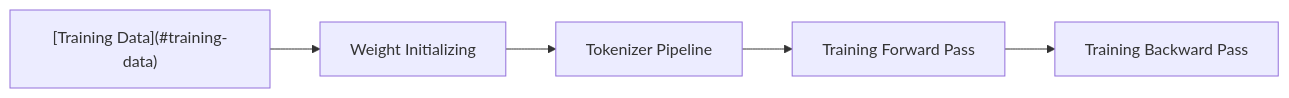
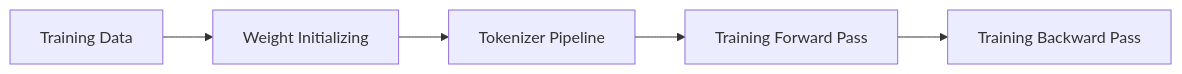
Before and after one commit to ChrisZhu2050/chriszhu2050.github.io: the first of 16 diagrams in index.md, drawn with Mermaid.

````diff
--- a/index.md
+++ b/index.md
@@ -11,5 +11,10 @@
 ```mermaid
 
 graph LR
-    A["`[Training Data](#training-data)`"] --> B[Weight Initializing] --> C[Tokenizer Pipeline] --> D[Training Forward Pass] --> E[Training Backward Pass]
+    A[Training Data]  --> B[Weight Initializing] --> C[Tokenizer Pipeline] --> D[Training Forward Pass] --> E[Training Backward Pass]
+    click A "#training-data"
+    click B "#weight-initializing"
+    click C "#tokenizer-pipeline"
+    click D "#training-forward-pass"
+    click E "#training-backward-pass"
 ```     
````
